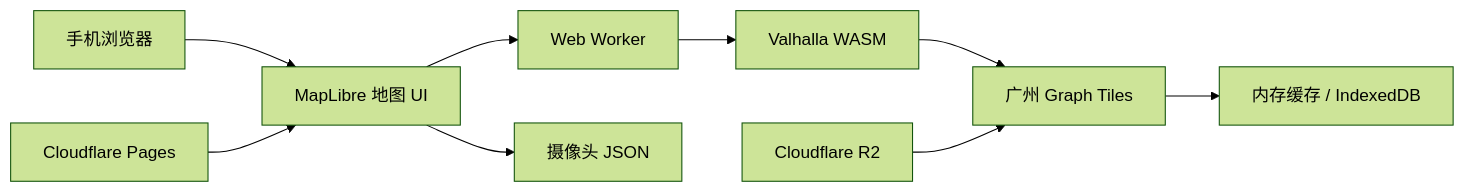
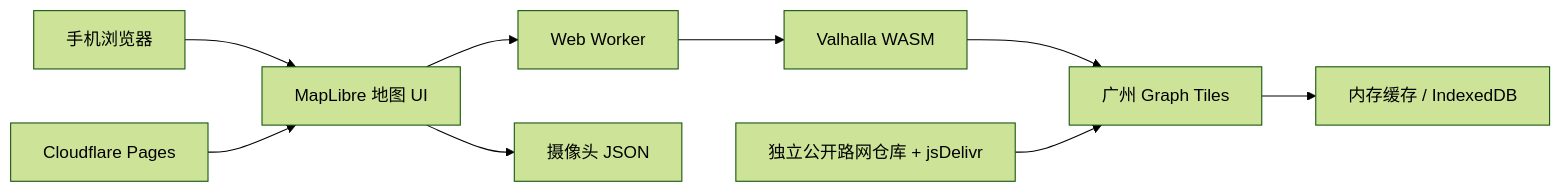
One commit to The-V-Factor/PeiXiu changed the first of 2 diagrams in README.md. Above: the diagram before and after it, drawn with Mermaid (forest theme). The commit also changed other lines of this file and 1 other file, not shown here.

Commit message:
codex(docs): align routing deployment plan

````diff
--- a/README.md
+++ b/README.md
@@ -50,11 +50,11 @@
 ```mermaid
 flowchart LR
     A[手机浏览器] --> B[MapLibre 地图 UI]
     B --> C[Web Worker]
     C --> D[Valhalla WASM]
     D --> E[广州 Graph Tiles]
     B --> F[摄像头 JSON]
     E --> G[内存缓存 / IndexedDB]
-    H[Cloudflare R2] --> E
+    H[独立公开路网仓库 + jsDelivr] --> E
     I[Cloudflare Pages] --> B
 ```
````
